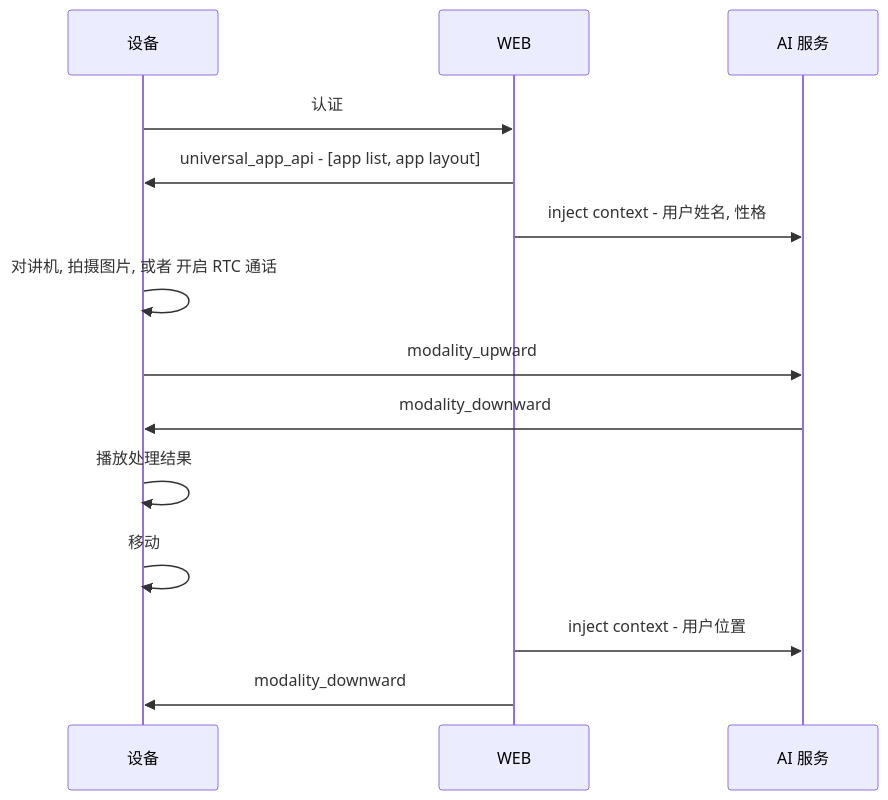
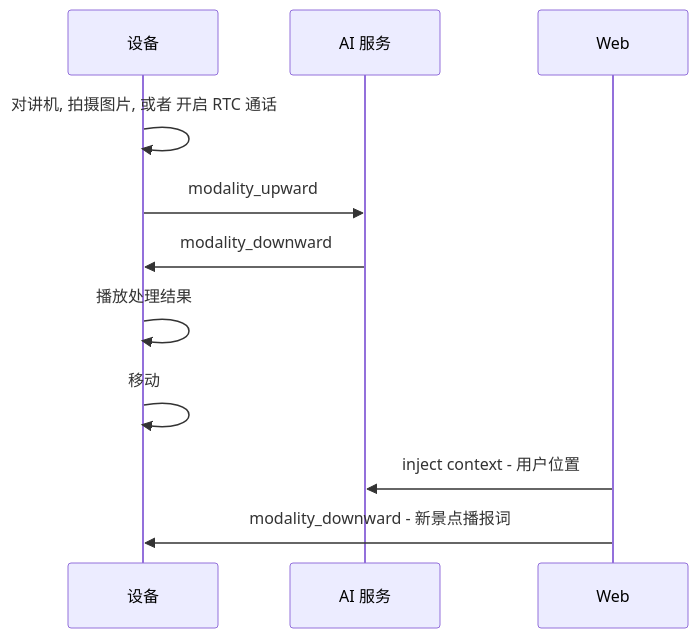
One commit to shaojun/open_docs changed the second of 7 diagrams in projects/commercial/USER_STORY.md. Above: the diagram before and after it, drawn with Mermaid. The commit also changed other lines of this file, not shown here.

````diff
--- a/projects/commercial/USER_STORY.md
+++ b/projects/commercial/USER_STORY.md
@@ -5,16 +20,13 @@
 ```mermaid
 sequenceDiagram
     participant Device as 设备
-    participant Web as WEB
     participant AIService as AI 服务
-    Device->>Web: 认证
-    Web->>Device: universal_app_api - [app list, app layout]
-    Web->>AIService: inject context - 用户姓名, 性格    
+    
     Device->>Device: 对讲机, 拍摄图片, 或者 开启 RTC 通话
     Device->>AIService: modality_upward
     AIService->>Device: modality_downward
     Device->>Device: 播放处理结果
     Device->>Device: 移动
     Web->>AIService: inject context - 用户位置  
-    Web->>Device: modality_downward
+    Web->>Device: modality_downward - 新景点播报词
 ```
````
